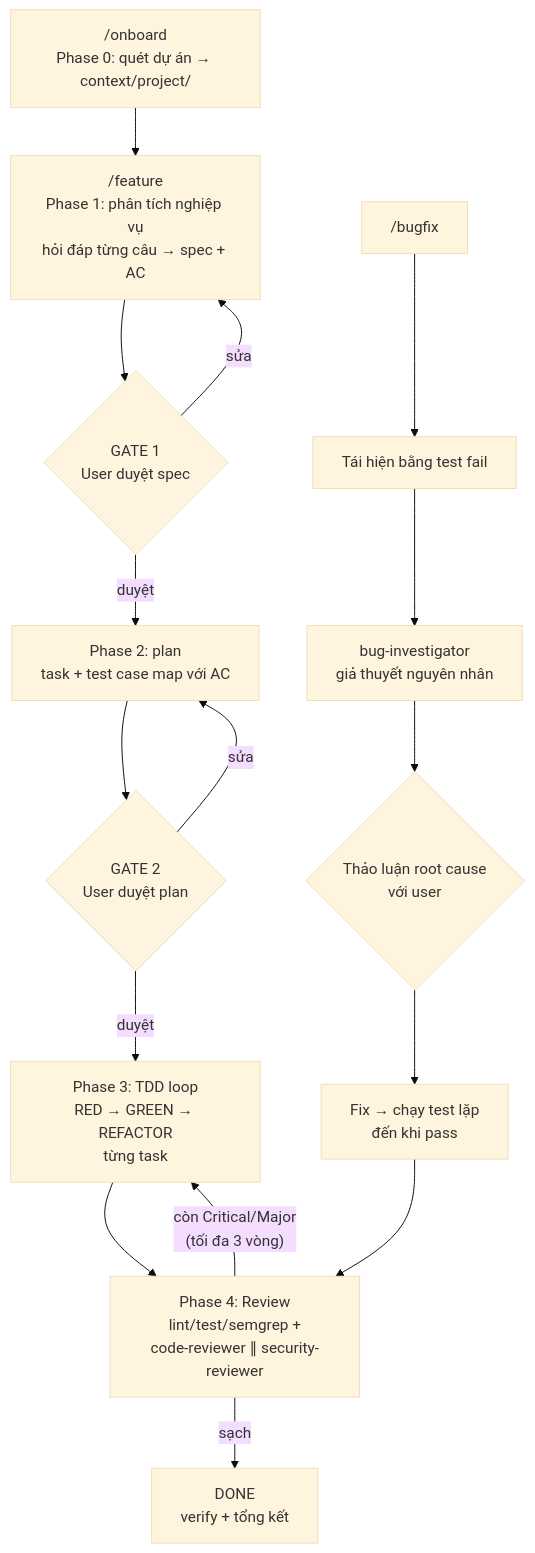
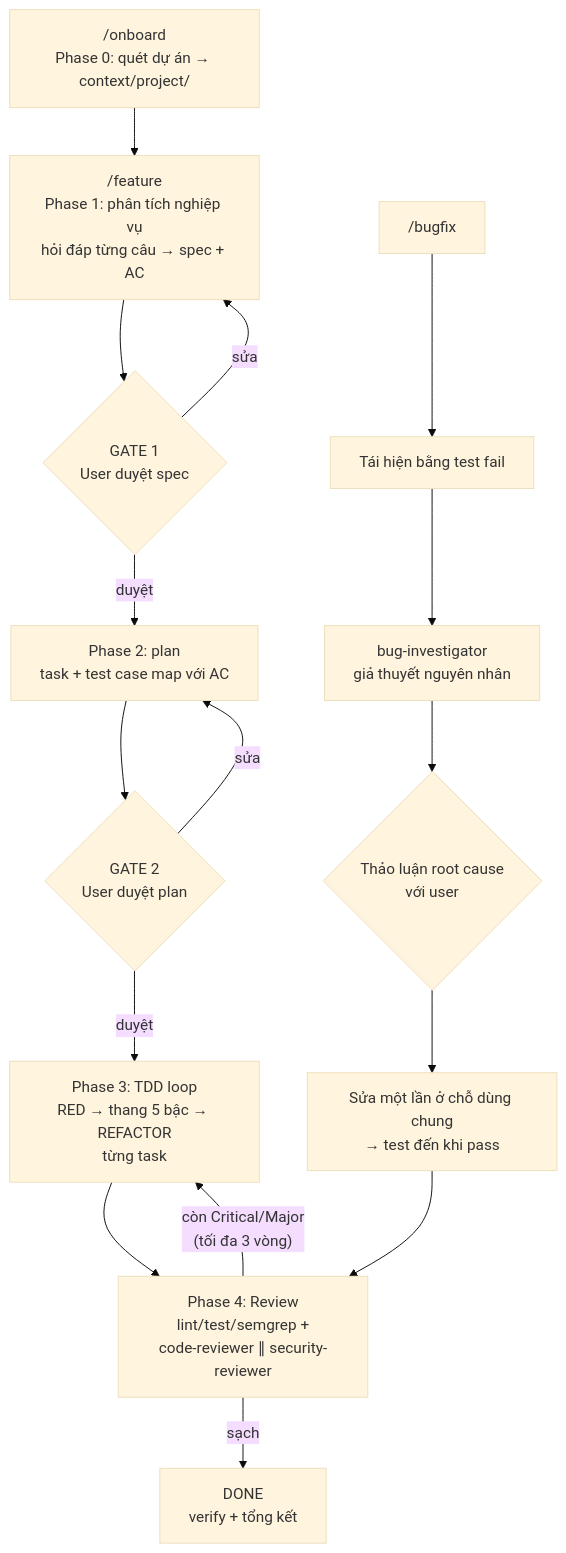
One commit to nguyendangtruong79/ai-dev-workflow changed the diagram in README.md. Above: the diagram before and after it, drawn with Mermaid (base theme). The commit also changed other lines of this file and 36 other files, not shown here.

````diff
--- a/README.md
+++ b/README.md
@@ -13,14 +13,14 @@
 ```mermaid
 flowchart TD
     O["/onboard<br/>Phase 0: quét dự án → context/project/"] --> R
     R["/feature<br/>Phase 1: phân tích nghiệp vụ<br/>hỏi đáp từng câu → spec + AC"] --> G1{"GATE 1<br/>User duyệt spec"}
     G1 -- sửa --> R
     G1 -- duyệt --> P["Phase 2: plan<br/>task + test case map với AC"]
     P --> G2{"GATE 2<br/>User duyệt plan"}
     G2 -- sửa --> P
-    G2 -- duyệt --> T["Phase 3: TDD loop<br/>RED → GREEN → REFACTOR<br/>từng task"]
+    G2 -- duyệt --> T["Phase 3: TDD loop<br/>RED → thang 5 bậc → REFACTOR<br/>từng task"]
     T --> V["Phase 4: Review<br/>lint/test/semgrep +<br/>code-reviewer ∥ security-reviewer"]
     V -- "còn Critical/Major<br/>(tối đa 3 vòng)" --> T
     V -- sạch --> D["DONE<br/>verify + tổng kết"]
-    B["/bugfix"] --> B1["Tái hiện bằng test fail"] --> B2["bug-investigator<br/>giả thuyết nguyên nhân"] --> B3{"Thảo luận root cause<br/>với user"} --> B4["Fix → chạy test lặp<br/>đến khi pass"] --> V
+    B["/bugfix"] --> B1["Tái hiện bằng test fail"] --> B2["bug-investigator<br/>giả thuyết nguyên nhân"] --> B3{"Thảo luận root cause<br/>với user"} --> B4["Sửa một lần ở chỗ dùng chung<br/>→ test đến khi pass"] --> V
 ```
````
